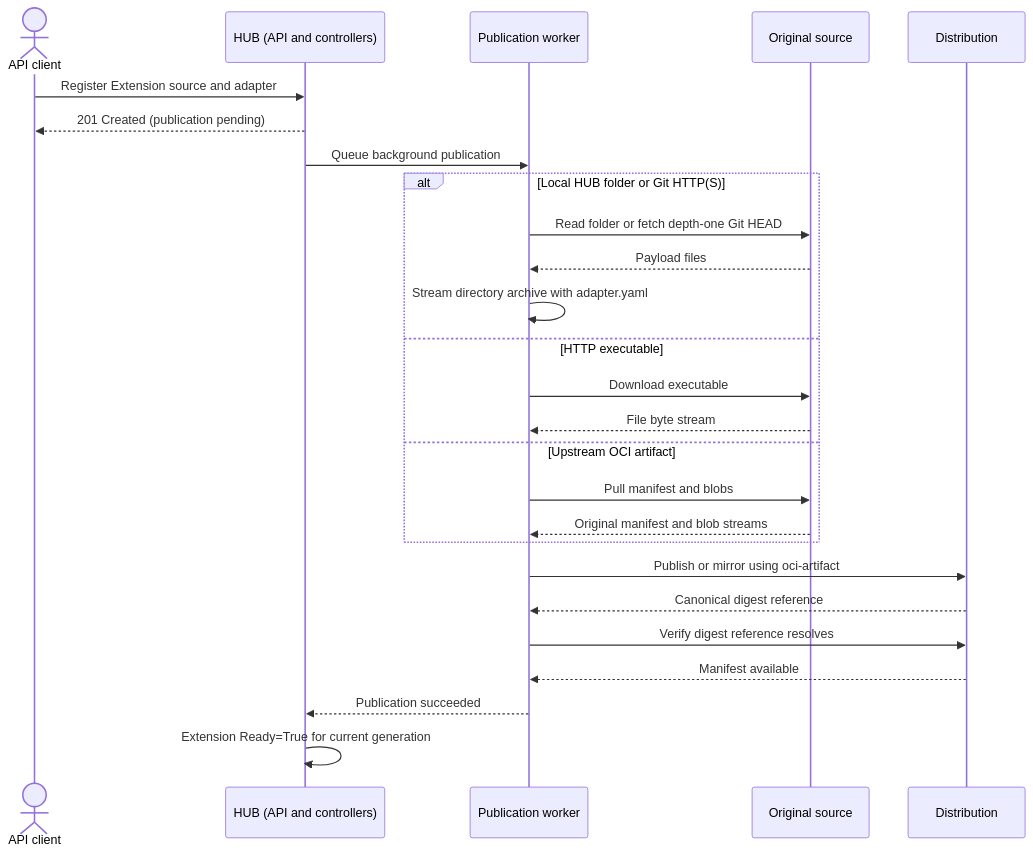
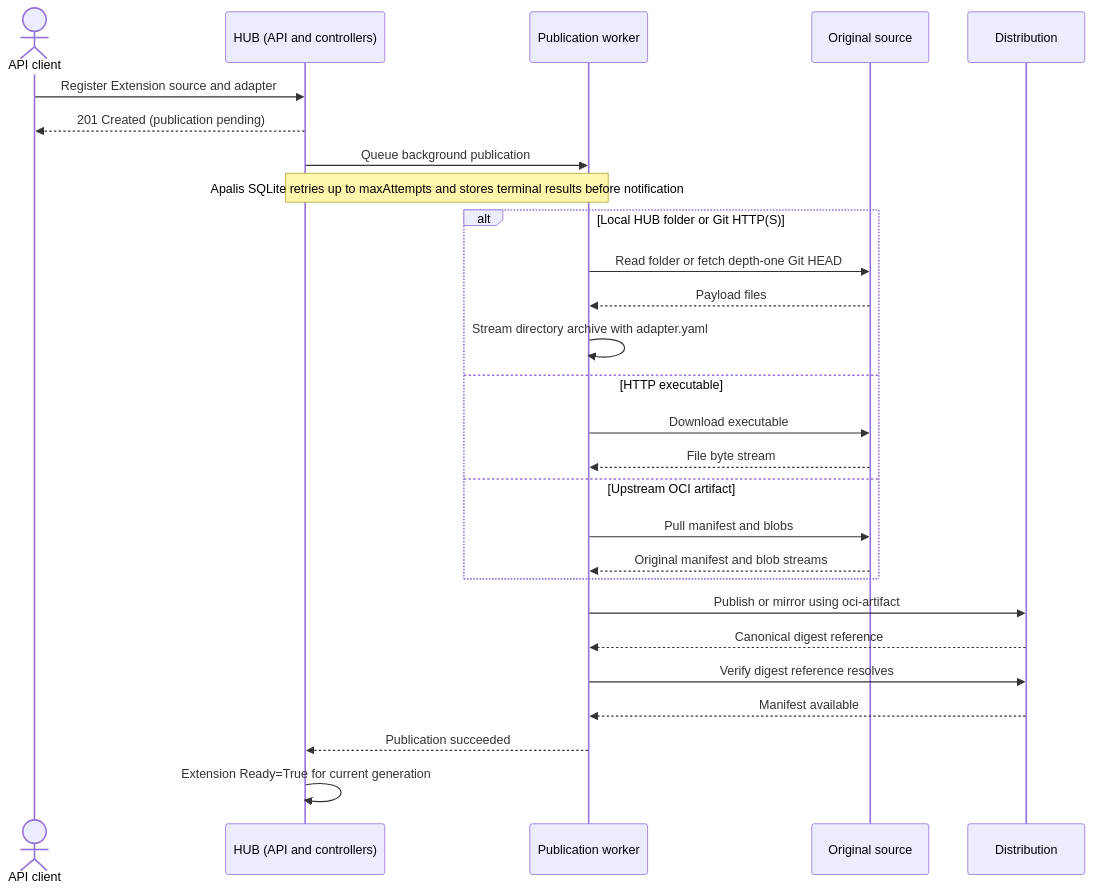
The diagram in ai/extension-reconciler-plan.md (Suntitle/Suntitle), drawn with Mermaid before and after one commit. The commit also changed other lines of this file and 12 other files, not shown here.

````diff
--- a/ai/extension-reconciler-plan.md
+++ b/ai/extension-reconciler-plan.md
@@ -43,29 +43,30 @@
 ```mermaid
 sequenceDiagram
     actor USER as API client
     participant HUB as HUB (API and controllers)
     participant WORKER as Publication worker
     participant SOURCE as Original source
     participant REGISTRY as Distribution
 
     USER->>HUB: Register Extension source and adapter
     HUB-->>USER: 201 Created (publication pending)
     HUB->>WORKER: Queue background publication
+    Note over HUB,WORKER: Apalis SQLite retries up to maxAttempts and stores terminal results before notification
     alt Local HUB folder or Git HTTP(S)
         WORKER->>SOURCE: Read folder or fetch depth-one Git HEAD
         SOURCE-->>WORKER: Payload files
         WORKER->>WORKER: Stream directory archive with adapter.yaml
     else HTTP executable
         WORKER->>SOURCE: Download executable
         SOURCE-->>WORKER: File byte stream
     else Upstream OCI artifact
         WORKER->>SOURCE: Pull manifest and blobs
         SOURCE-->>WORKER: Original manifest and blob streams
     end
     WORKER->>REGISTRY: Publish or mirror using oci-artifact
     REGISTRY-->>WORKER: Canonical digest reference
     WORKER->>REGISTRY: Verify digest reference resolves
     REGISTRY-->>WORKER: Manifest available
     WORKER-->>HUB: Publication succeeded
     HUB->>HUB: Extension Ready=True for current generation
 ```
````
